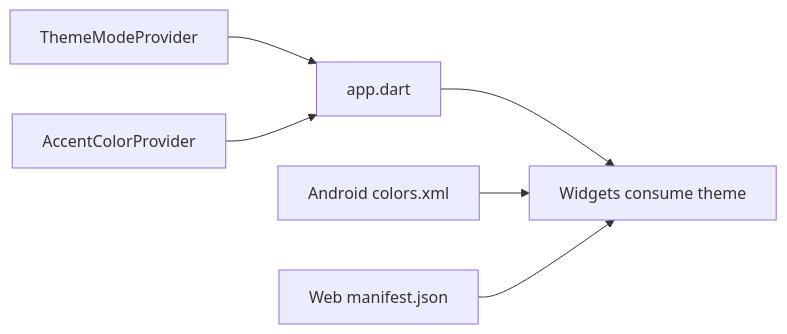
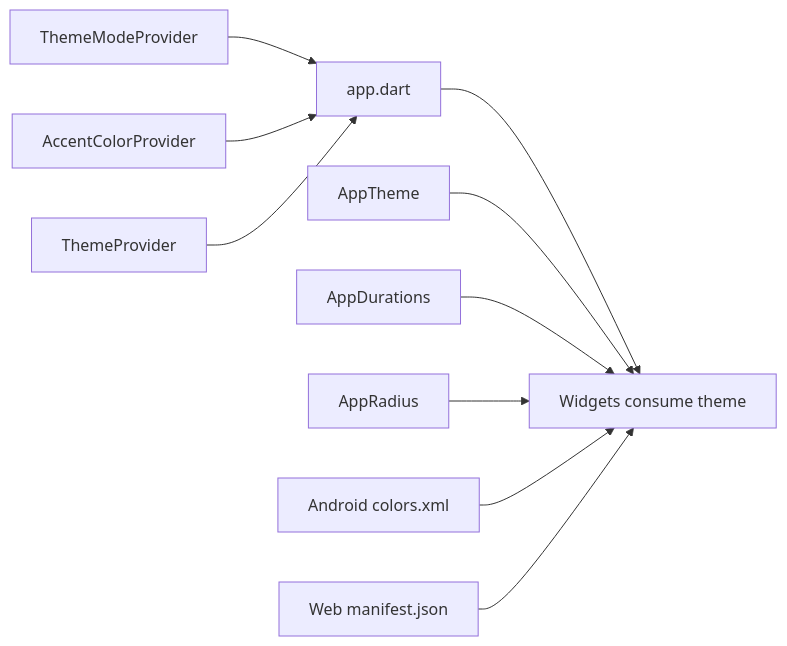
Before and after one commit to favoroo/QNote: the fifth of 10 diagrams in .qoder/repowiki/en/content/UI Components and Pages/UI Components and Pages.md, drawn with Mermaid. The commit also changed other lines of this file and 68 other files, not shown here.

````diff
--- a/.qoder/repowiki/en/content/UI Components and Pages/UI Components and Pages.md
+++ b/.qoder/repowiki/en/content/UI Components and Pages/UI Components and Pages.md
@@ -244,8 +279,12 @@
 ```mermaid
 graph LR
 THEME_MODE["ThemeModeProvider"] --> APP["app.dart"]
 ACCENT_COLOR["AccentColorProvider"] --> APP
+THEME_PROVIDER["ThemeProvider"] --> APP
 APP --> WIDGETS["Widgets consume theme"]
+APP_THEME["AppTheme"] --> WIDGETS
+APP_DURATIONS["AppDurations"] --> WIDGETS
+APP_RADIUS["AppRadius"] --> WIDGETS
 ANDROID_COLORS["Android colors.xml"] --> WIDGETS
 WEB_MANIFEST["Web manifest.json"] --> WIDGETS
 ```
````
